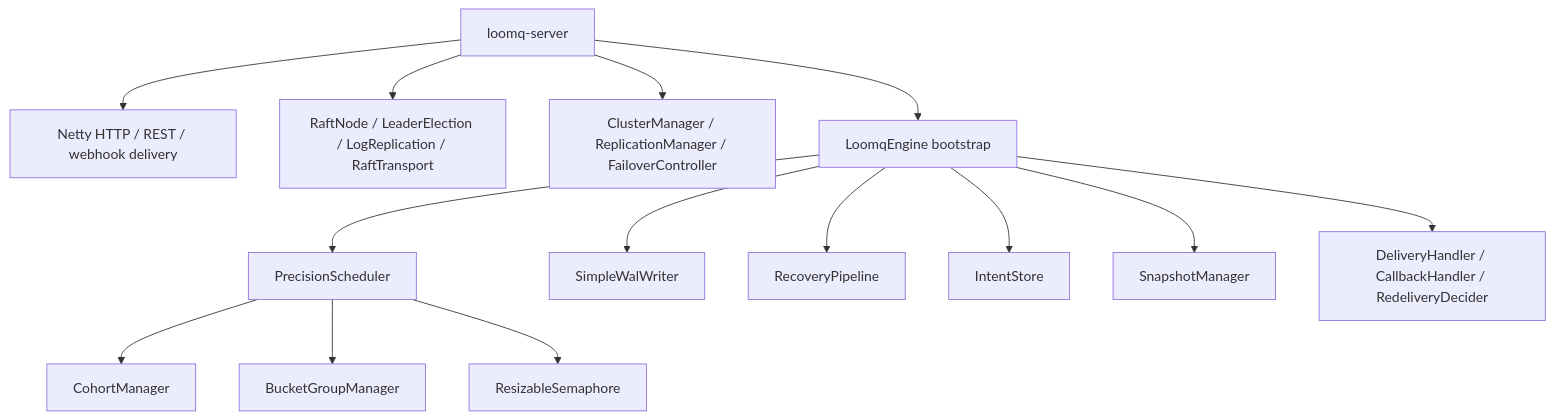
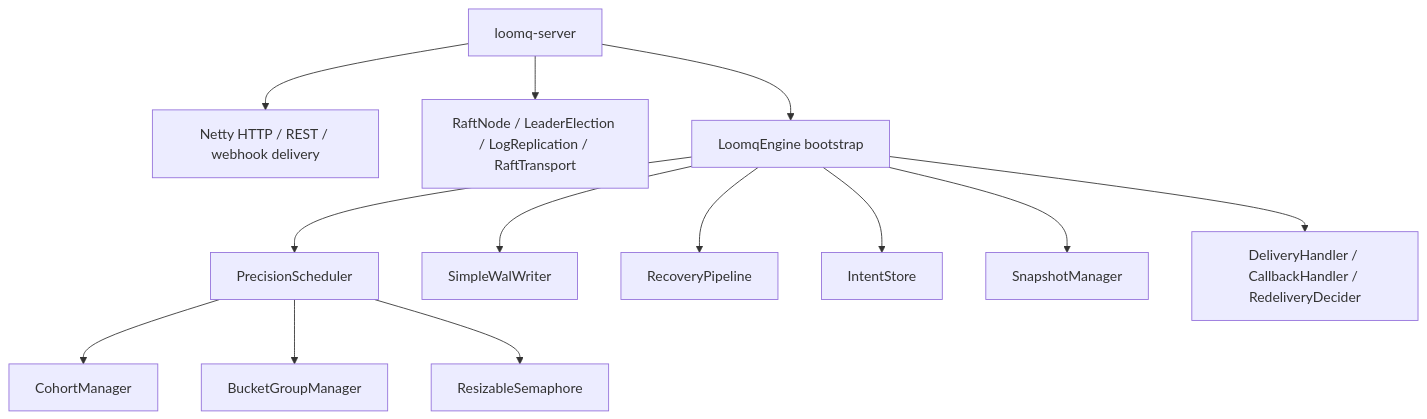
One commit to xuyuchen9/loomq changed the diagram in docs/development/ARCHITECTURE.md. Above: the diagram before and after it, drawn with Mermaid. The commit also changed other lines of this file and 76 other files, not shown here.

````diff
--- a/docs/development/ARCHITECTURE.md
+++ b/docs/development/ARCHITECTURE.md
@@ -7,18 +7,17 @@
 ```mermaid
 flowchart TB
     Server["loomq-server"] --> Http["Netty HTTP / REST / webhook delivery"]
     Server --> Raft["RaftNode / LeaderElection / LogReplication / RaftTransport"]
-    Server --> Cluster["ClusterManager / ReplicationManager / FailoverController"]
     Server --> Engine["LoomqEngine bootstrap"]
 
     Engine --> Scheduler["PrecisionScheduler"]
     Engine --> Wal["SimpleWalWriter"]
     Engine --> Recovery["RecoveryPipeline"]
     Engine --> Store["IntentStore"]
     Engine --> Snapshot["SnapshotManager"]
     Engine --> SPI["DeliveryHandler / CallbackHandler / RedeliveryDecider"]
 
     Scheduler --> Cohort["CohortManager"]
     Scheduler --> Buckets["BucketGroupManager"]
     Scheduler --> Semaphore["ResizableSemaphore"]
 ```
````
